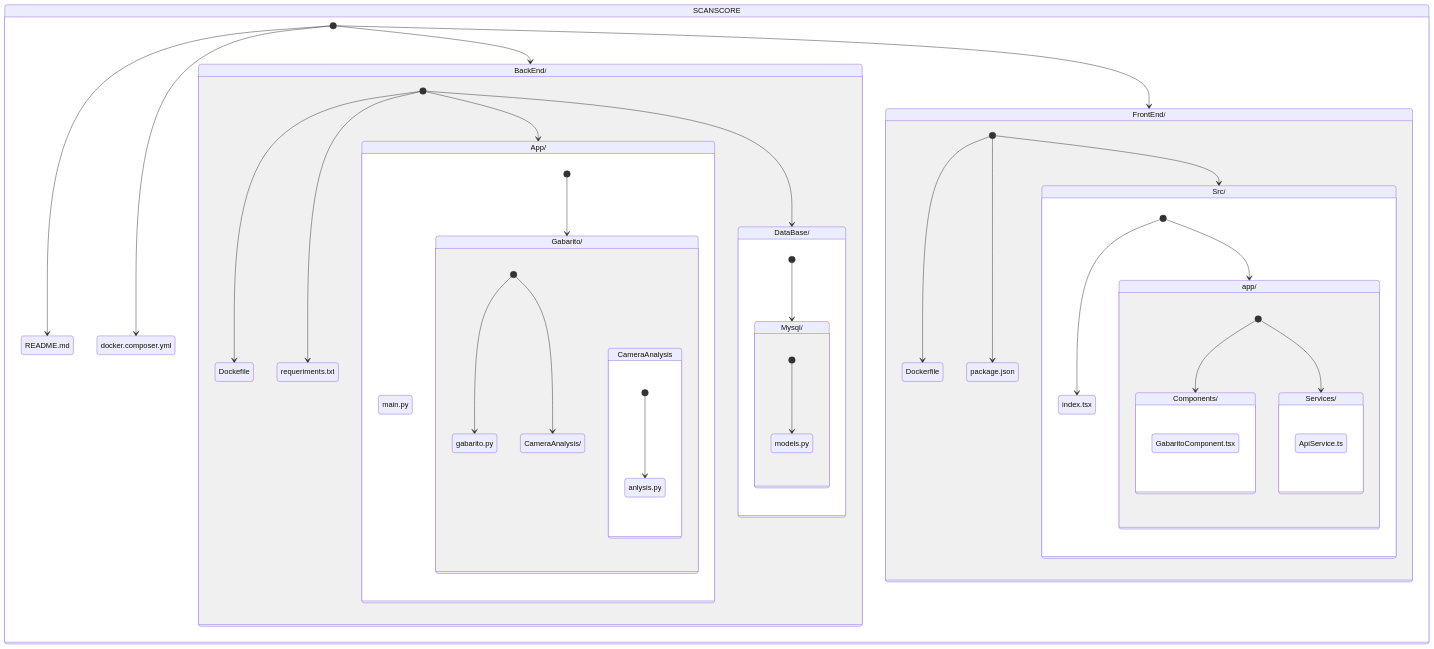
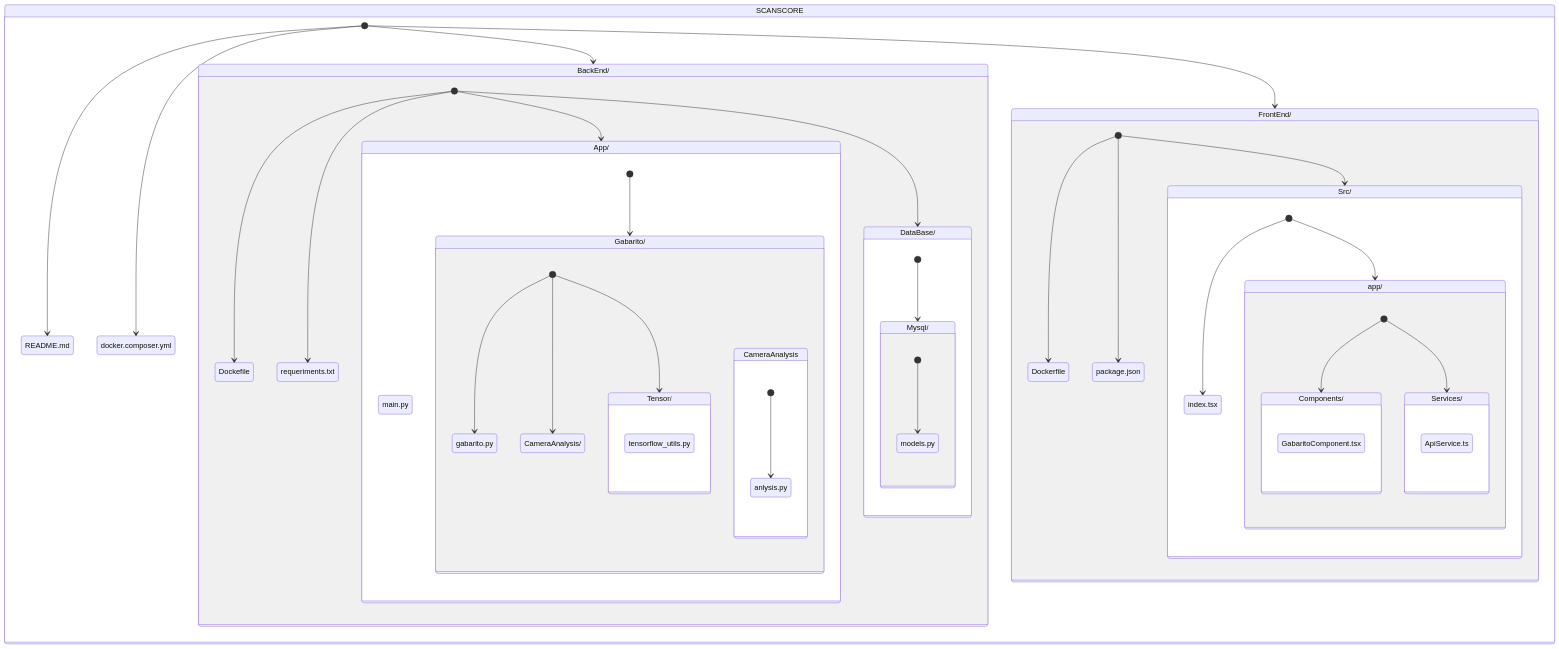
One commit to GstavRocha/leitor_de_gabarito changed the diagram in DATA_STRUCTURE.md. Above: the diagram before and after it, drawn with Mermaid. The commit also changed other lines of this file, not shown here.

````diff
--- a/DATA_STRUCTURE.md
+++ b/DATA_STRUCTURE.md
@@ -3,62 +3,66 @@
 ```mermaid
 stateDiagram-v2
     state SCANSCORE{
        [*]-->README.md
        [*]-->docker.composer.yml
        [*]-->BackEnd/
        [*]-->FrontEnd/
 
         state BackEnd/{
             [*]-->App/
              
             state App/{
                 main.py
                 [*]-->Gabarito/
                 state Gabarito/{
                     [*]-->gabarito.py
                     [*]-->CameraAnalysis/
                     state CameraAnalysis{
                         [*]-->anlysis.py
+                    }
+                    [*]-->Tensor/
+                    state Tensor/{
+                        tensorflow_utils.py
                     }
                 }
             }
             [*]-->DataBase/
             state DataBase/{
                 [*]-->Mysql/
                 
                 state Mysql/{
                     [*]-->models.py
                 }
             }
             [*]-->Dockefile
             [*]-->requeriments.txt
     }
     state FrontEnd/{
         [*]-->Src/
         [*]-->Dockerfile
         [*]-->package.json
 
         state Src/{
             [*]-->index.tsx
             [*]-->app/
 
             state app/{
                 [*]-->Components/
                 [*]-->Services/
 
                 state Components/{
                     GabaritoComponent.tsx
                 }
                 state Services/{
                     ApiService.ts
                 }
             }
 
         }
         
     }
 
 }
 
 
 ```
````
